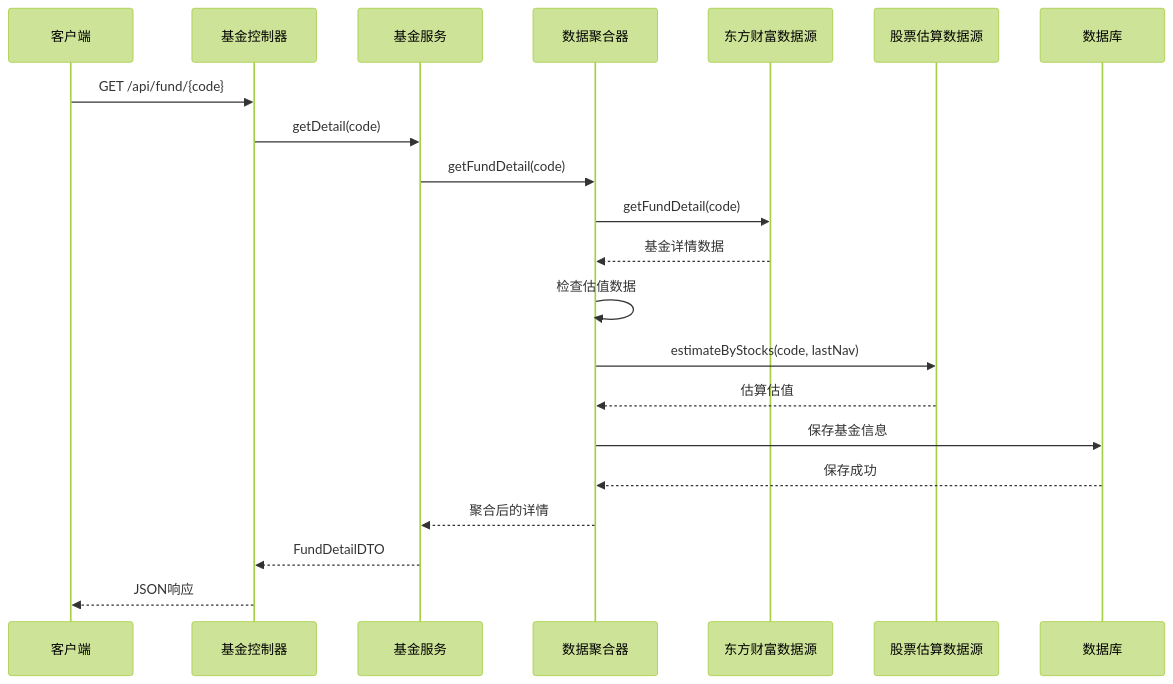
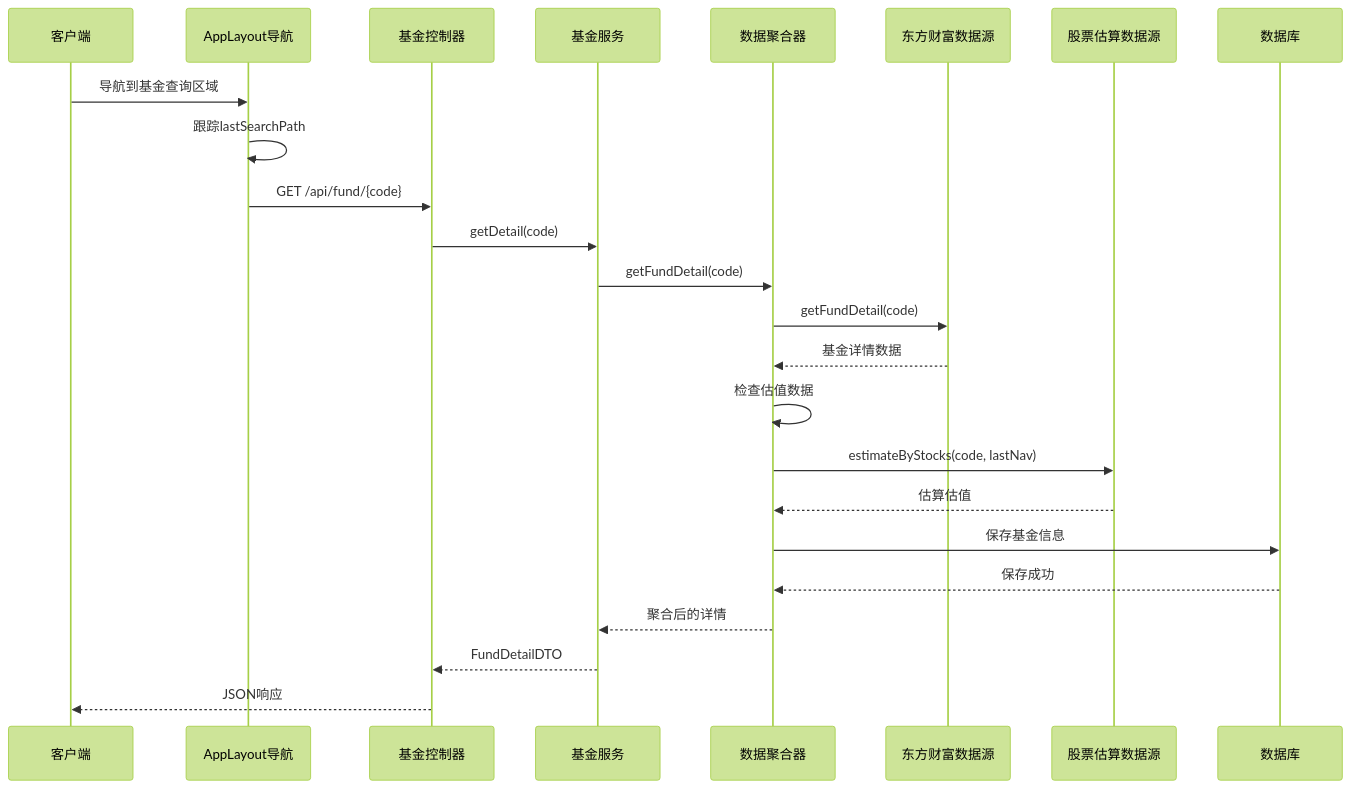
The second of 12 diagrams in .qoder/repowiki/zh/content/Fund Detail Enhancement.md (gree-coder/fund-butler), drawn with Mermaid (forest theme) before and after one commit. The commit also changed other lines of this file and 12 other files, not shown here.

````diff
--- a/.qoder/repowiki/zh/content/Fund Detail Enhancement.md
+++ b/.qoder/repowiki/zh/content/Fund Detail Enhancement.md
@@ -149,23 +182,26 @@
 ```mermaid
 sequenceDiagram
 participant Client as 客户端
+participant Layout as AppLayout导航
 participant Controller as 基金控制器
 participant Service as 基金服务
 participant Aggregator as 数据聚合器
 participant EastMoney as 东方财富数据源
 participant StockEstimate as 股票估算数据源
 participant DB as 数据库
-Client->>Controller : GET /api/fund/{code}
+Client->>Layout : 导航到基金查询区域
+Layout->>Layout : 跟踪lastSearchPath
+Layout->>Controller : GET /api/fund/{code}
 Controller->>Service : getDetail(code)
 Service->>Aggregator : getFundDetail(code)
 Aggregator->>EastMoney : getFundDetail(code)
 EastMoney-->>Aggregator : 基金详情数据
 Aggregator->>Aggregator : 检查估值数据
 Aggregator->>StockEstimate : estimateByStocks(code, lastNav)
 StockEstimate-->>Aggregator : 估算估值
 Aggregator->>DB : 保存基金信息
 DB-->>Aggregator : 保存成功
 Aggregator-->>Service : 聚合后的详情
 Service-->>Controller : FundDetailDTO
 Controller-->>Client : JSON响应
 ```
````
